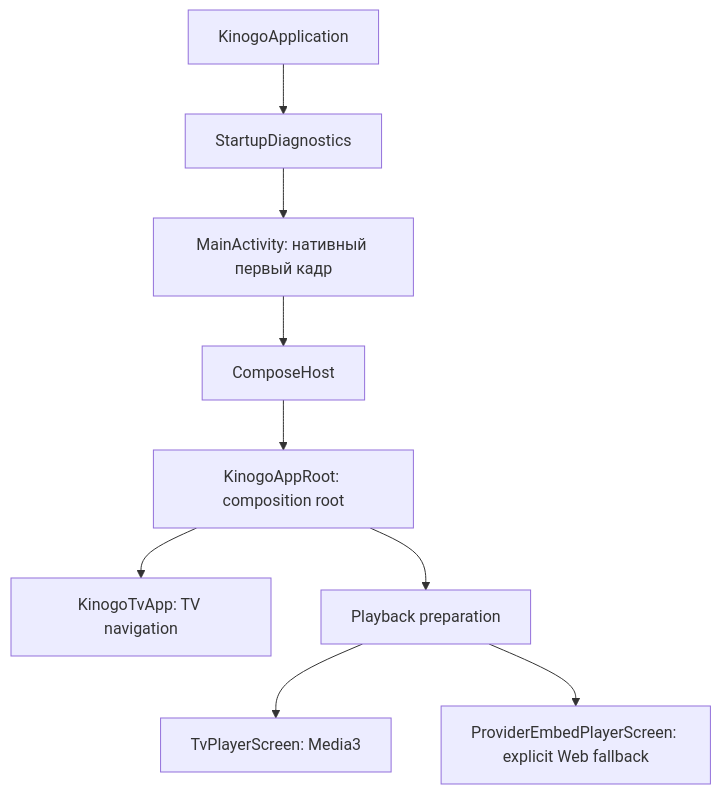
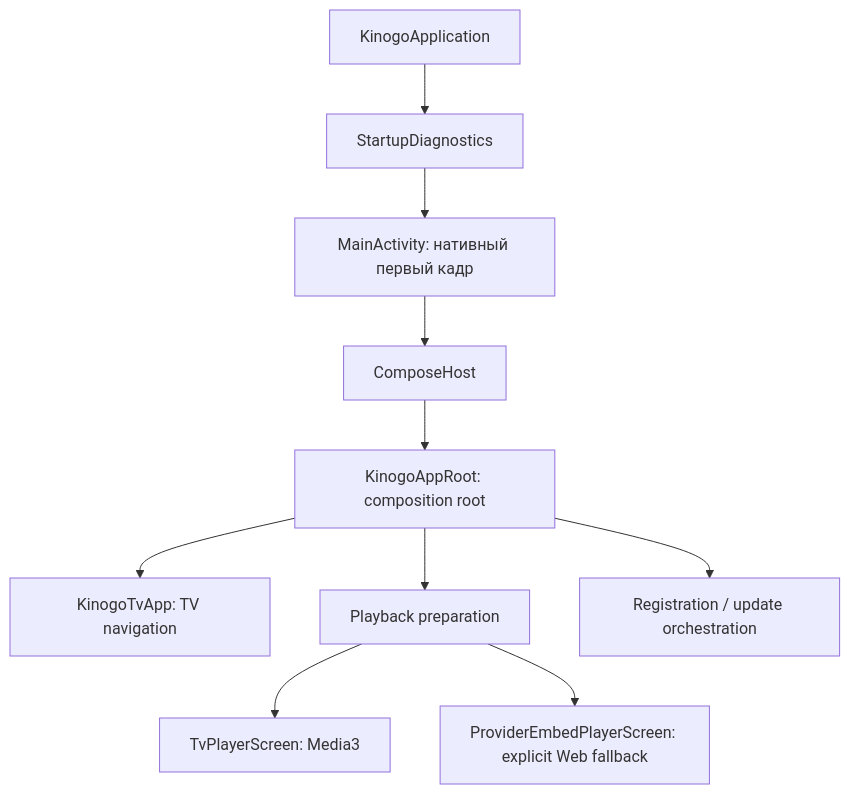
The first of 4 diagrams in docs/ARCHITECTURE.md (reziarlleh/KinogoATV), drawn with Mermaid before and after one commit. The commit also changed other lines of this file and 75 other files, not shown here.

````diff
--- a/docs/ARCHITECTURE.md
+++ b/docs/ARCHITECTURE.md
@@ -18,11 +18,12 @@
 ```mermaid
 flowchart TD
     A["KinogoApplication"] --> B["StartupDiagnostics"]
     B --> C["MainActivity: нативный первый кадр"]
     C --> D["ComposeHost"]
     D --> E["KinogoAppRoot: composition root"]
     E --> F["KinogoTvApp: TV navigation"]
     E --> G["Playback preparation"]
+    E --> U["Registration / update orchestration"]
     G --> H["TvPlayerScreen: Media3"]
     G --> I["ProviderEmbedPlayerScreen: explicit Web fallback"]
 ```
````
